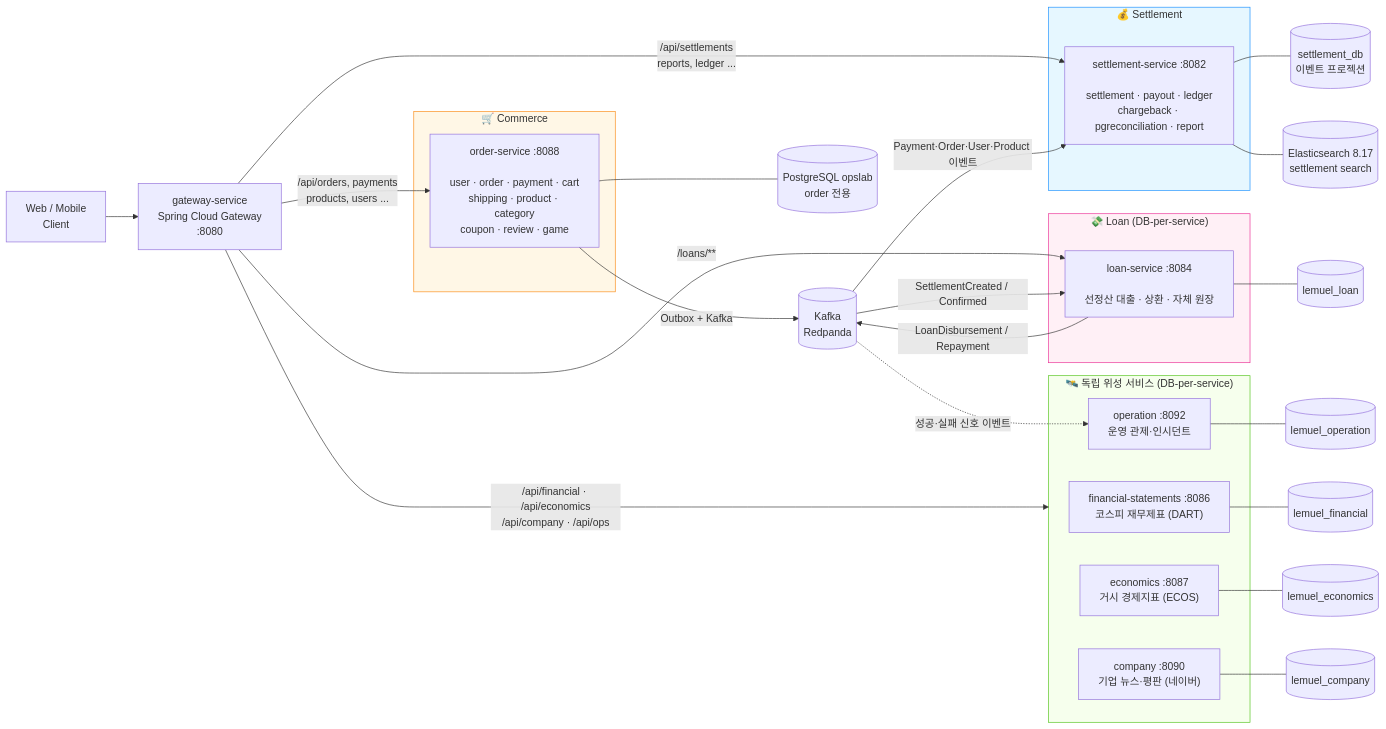
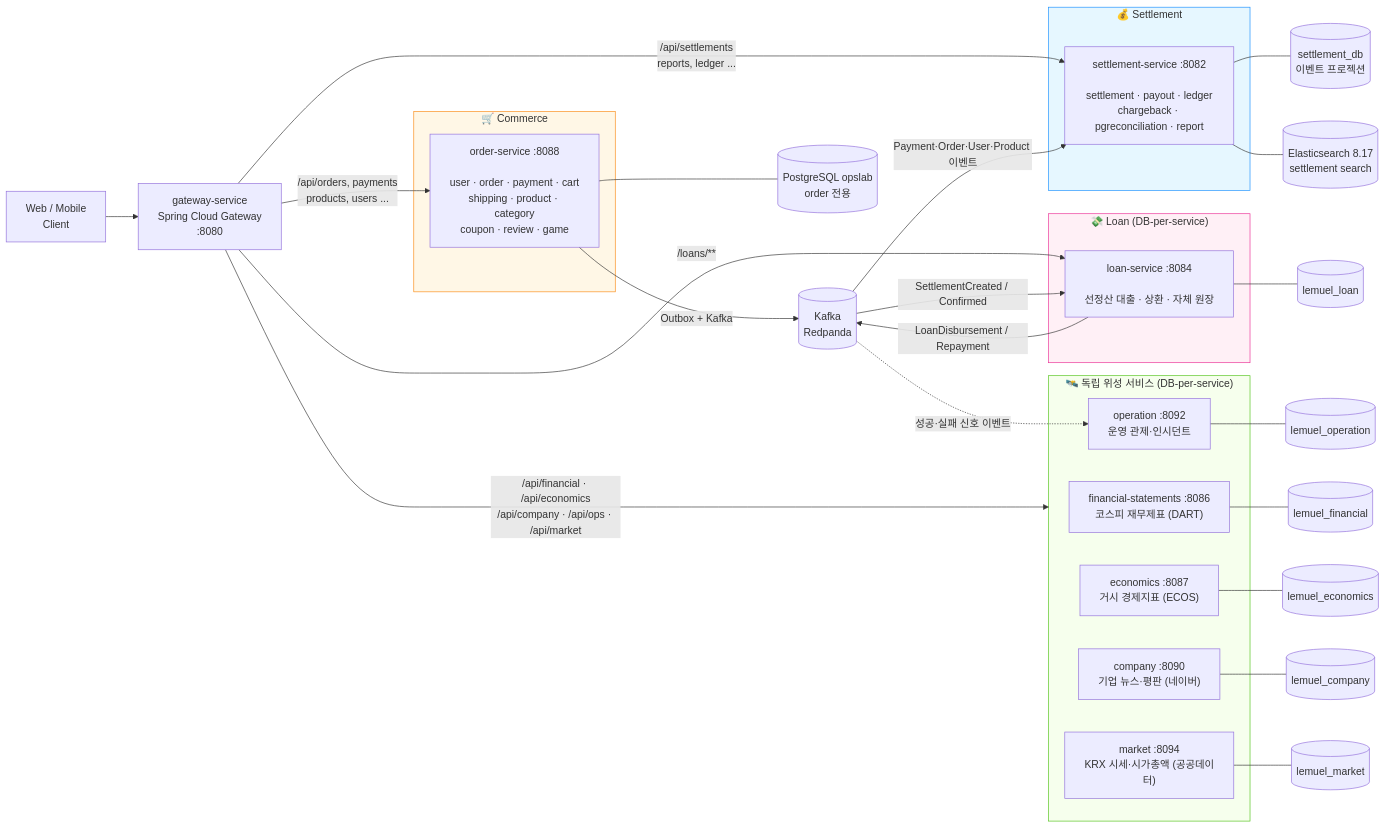
The diagram in README.md (MyoungSoo7/settlement), drawn with Mermaid before and after one commit. The commit also changed other lines of this file and 83 other files, not shown here.

````diff
--- a/README.md
+++ b/README.md
@@ -28,46 +28,48 @@
 ```mermaid
 flowchart LR
     Client["Web / Mobile<br/>Client"] --> GW
     GW["gateway-service<br/>Spring Cloud Gateway<br/>:8080"]
 
     GW -->|/api/orders, payments<br/>products, users ...| OS
     GW -->|/api/settlements<br/>reports, ledger ...| SS
     GW -->|/loans/**| LS
-    GW -->|/api/financial · /api/economics<br/>/api/company · /api/ops| SAT
+    GW -->|/api/financial · /api/economics<br/>/api/company · /api/ops · /api/market| SAT
 
     subgraph commerce["🛒 Commerce"]
         OS["order-service :8088<br/><br/>user · order · payment · cart<br/>shipping · product · category<br/>coupon · review · game"]
     end
     subgraph settlement["💰 Settlement"]
         SS["settlement-service :8082<br/><br/>settlement · payout · ledger<br/>chargeback · pgreconciliation · report"]
     end
     subgraph loan["💸 Loan (DB-per-service)"]
         LS["loan-service :8084<br/><br/>선정산 대출 · 상환 · 자체 원장"]
     end
     subgraph SAT["🛰️ 독립 위성 서비스 (DB-per-service)"]
         FIN["financial-statements :8086<br/>코스피 재무제표 (DART)"]
         ECO["economics :8087<br/>거시 경제지표 (ECOS)"]
         COM["company :8090<br/>기업 뉴스·평판 (네이버)"]
         OPS["operation :8092<br/>운영 관제·인시던트"]
+        MKT["market :8094<br/>KRX 시세·시가총액 (공공데이터)"]
     end
 
     OS -->|Outbox + Kafka| K[(Kafka<br/>Redpanda)]
     K -->|Payment·Order·User·Product 이벤트| SS
     K -->|SettlementCreated / Confirmed| LS
     LS -->|LoanDisbursement / Repayment| K
     K -.->|성공·실패 신호 이벤트| OPS
 
     OS --- PG[(PostgreSQL opslab<br/>order 전용)]
     SS --- SDB[(settlement_db<br/>이벤트 프로젝션)]
     LS --- LDB[(lemuel_loan)]
     SS --- ES[(Elasticsearch 8.17<br/>settlement search)]
     FIN --- FDB[(lemuel_financial)]
     ECO --- EDB[(lemuel_economics)]
     COM --- CDB[(lemuel_company)]
     OPS --- ODB[(lemuel_operation)]
+    MKT --- MDB[(lemuel_market)]
 
     style commerce fill:#fff7e6,stroke:#fa8c16
     style settlement fill:#e6f7ff,stroke:#1890ff
     style loan fill:#fff0f6,stroke:#eb2f96
     style SAT fill:#f6ffed,stroke:#52c41a
 ```
````
